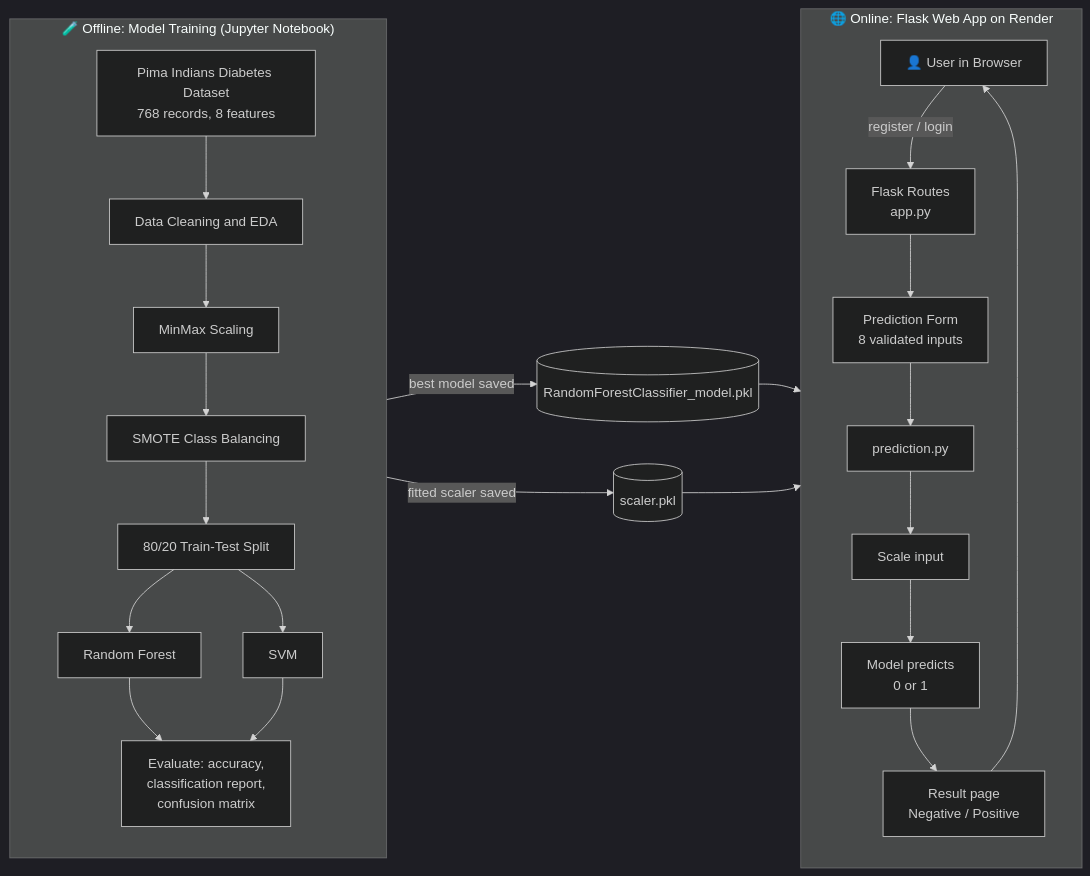
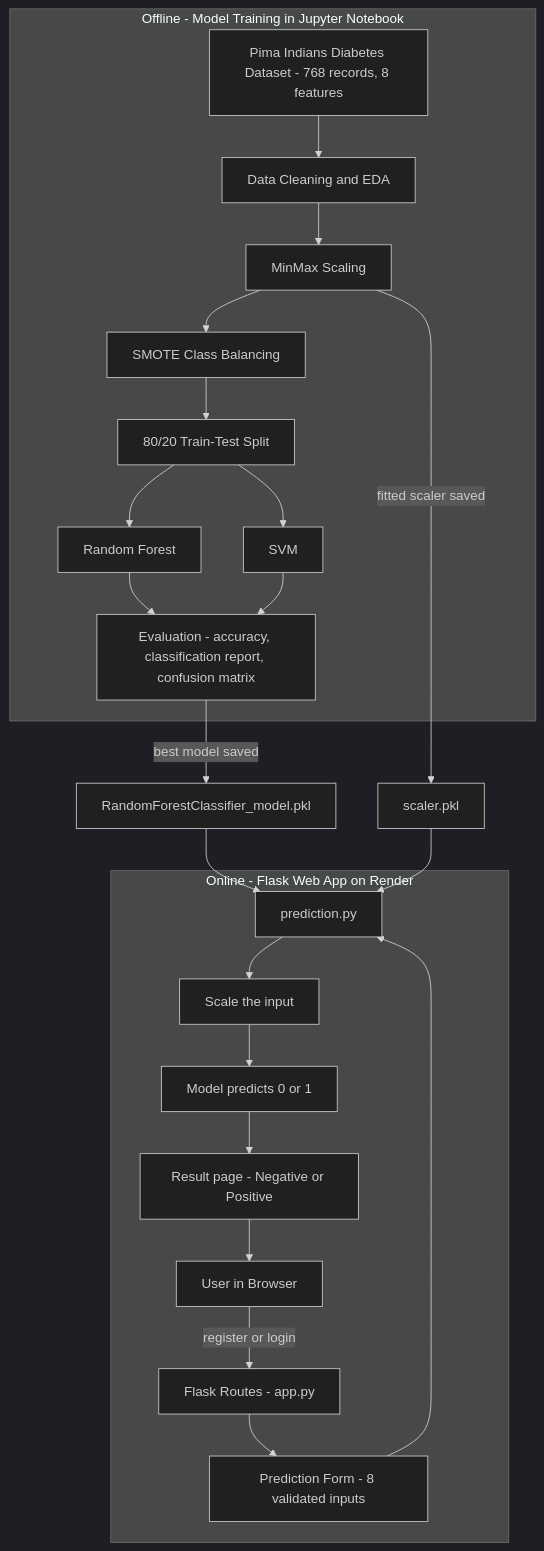
The diagram in README.md (Navyachalla21/Diabetes-Prediction-ML), drawn with Mermaid (dark theme) before and after one commit. The commit also changed other lines of this file, not shown here.

Commit message:
fix architecture diagram

````diff
--- a/README.md
+++ b/README.md
@@ -57,31 +57,29 @@
 ```mermaid
-flowchart LR
-    subgraph TRAIN["🧪 Offline: Model Training (Jupyter Notebook)"]
-        direction TB
-        A["Pima Indians Diabetes Dataset<br/>768 records, 8 features"] --> B["Data Cleaning and EDA"]
+flowchart TD
+    subgraph TRAIN["Offline - Model Training in Jupyter Notebook"]
+        A["Pima Indians Diabetes Dataset - 768 records, 8 features"] --> B["Data Cleaning and EDA"]
         B --> C["MinMax Scaling"]
         C --> D["SMOTE Class Balancing"]
         D --> E["80/20 Train-Test Split"]
         E --> F["Random Forest"]
         E --> G["SVM"]
-        F --> H["Evaluate: accuracy,<br/>classification report,<br/>confusion matrix"]
+        F --> H["Evaluation - accuracy, classification report, confusion matrix"]
         G --> H
     end
 
-    H -->|"best model saved"| M[("RandomForestClassifier_model.pkl")]
-    C -->|"fitted scaler saved"| S[("scaler.pkl")]
+    H -->|"best model saved"| M["RandomForestClassifier_model.pkl"]
+    C -->|"fitted scaler saved"| S["scaler.pkl"]
 
-    subgraph APP["🌐 Online: Flask Web App on Render"]
-        direction TB
-        U["👤 User in Browser"] -->|"register / login"| R["Flask Routes<br/>app.py"]
-        R --> V["Prediction Form<br/>8 validated inputs"]
+    subgraph APP["Online - Flask Web App on Render"]
+        U["User in Browser"] -->|"register or login"| R["Flask Routes - app.py"]
+        R --> V["Prediction Form - 8 validated inputs"]
         V --> P["prediction.py"]
-        P --> X["Scale input"]
-        X --> Y["Model predicts<br/>0 or 1"]
-        Y --> Z["Result page<br/>Negative / Positive"]
+        P --> X["Scale the input"]
+        X --> Y["Model predicts 0 or 1"]
+        Y --> Z["Result page - Negative or Positive"]
         Z --> U
     end
 
     M --> P
     S --> P
 ```
````
